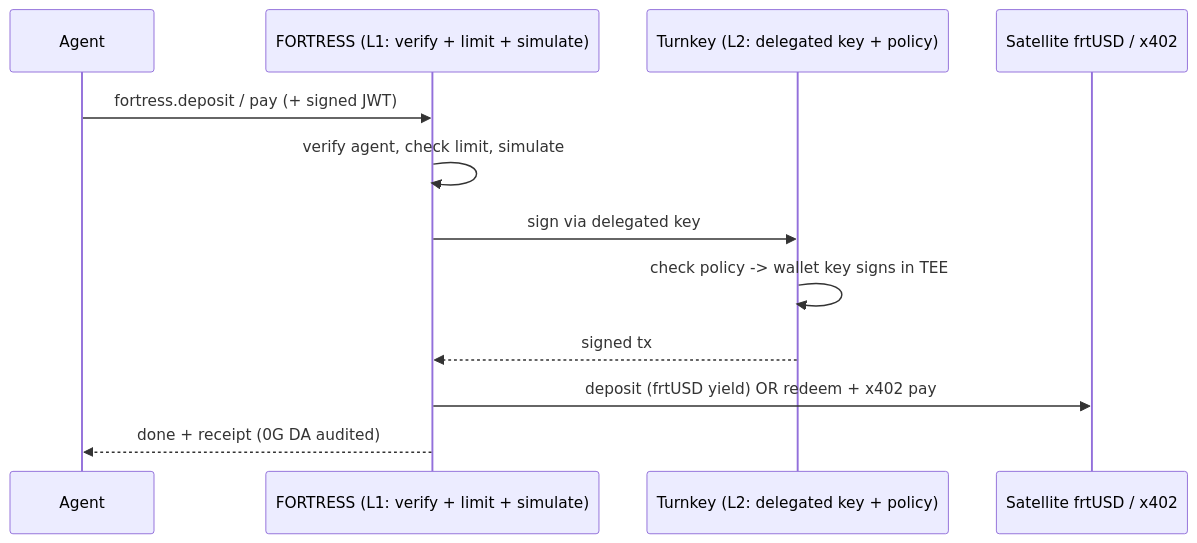
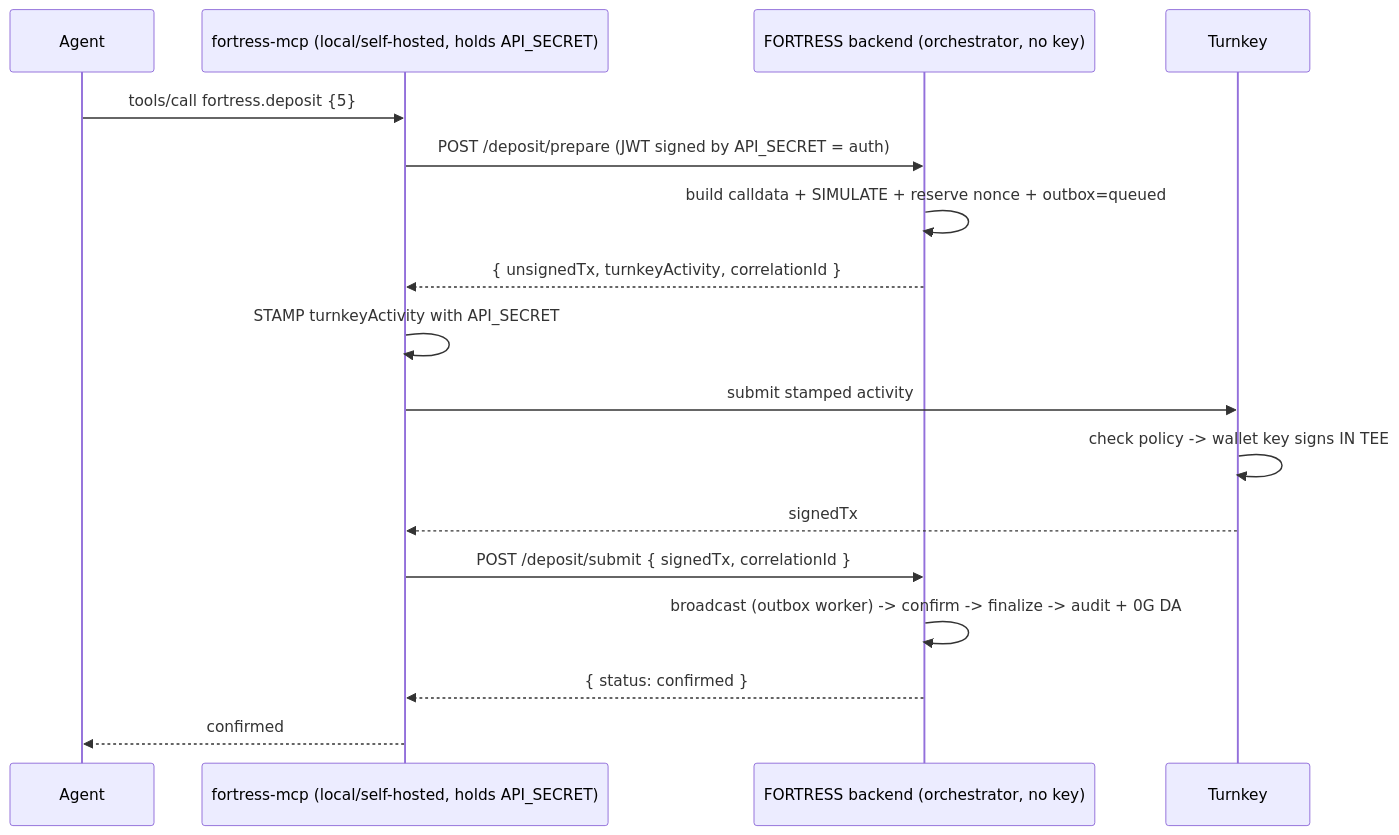
The fifth of 5 diagrams in README.md (itsme-boii/archetectures), drawn with Mermaid before and after one commit. The commit also changed other lines of this file, not shown here.

Commit message:
Institution-grade README v3: final Option-a architecture (delegated agent key, local MCP stamping, prepare/stamp/submit, policy-enforced limits)

````diff
--- a/README.md
+++ b/README.md
@@ -159,14 +169,20 @@
 ```mermaid
 sequenceDiagram
     participant AG as Agent
-    participant F as FORTRESS (L1: verify + limit + simulate)
-    participant TK as Turnkey (L2: delegated key + policy)
-    participant CH as Satellite frtUSD / x402
-    AG->>F: fortress.deposit / pay  (+ signed JWT)
-    F->>F: verify agent, check limit, simulate
-    F->>TK: sign via delegated key
-    TK->>TK: check policy -> wallet key signs in TEE
-    TK-->>F: signed tx
-    F->>CH: deposit (frtUSD yield) OR redeem + x402 pay
-    F-->>AG: done + receipt (0G DA audited)
+    participant MCP as fortress-mcp (local/self-hosted, holds API_SECRET)
+    participant BE as FORTRESS backend (orchestrator, no key)
+    participant TK as Turnkey
+
+    AG->>MCP: tools/call fortress.deposit {5}
+    MCP->>BE: POST /deposit/prepare  (JWT signed by API_SECRET = auth)
+    BE->>BE: build calldata + SIMULATE + reserve nonce + outbox=queued
+    BE-->>MCP: { unsignedTx, turnkeyActivity, correlationId }
+    MCP->>MCP: STAMP turnkeyActivity with API_SECRET
+    MCP->>TK: submit stamped activity
+    TK->>TK: check policy -> wallet key signs IN TEE
+    TK-->>MCP: signedTx
+    MCP->>BE: POST /deposit/submit { signedTx, correlationId }
+    BE->>BE: broadcast (outbox worker) -> confirm -> finalize -> audit + 0G DA
+    BE-->>MCP: { status: confirmed }
+    MCP-->>AG: confirmed
 ```
````
